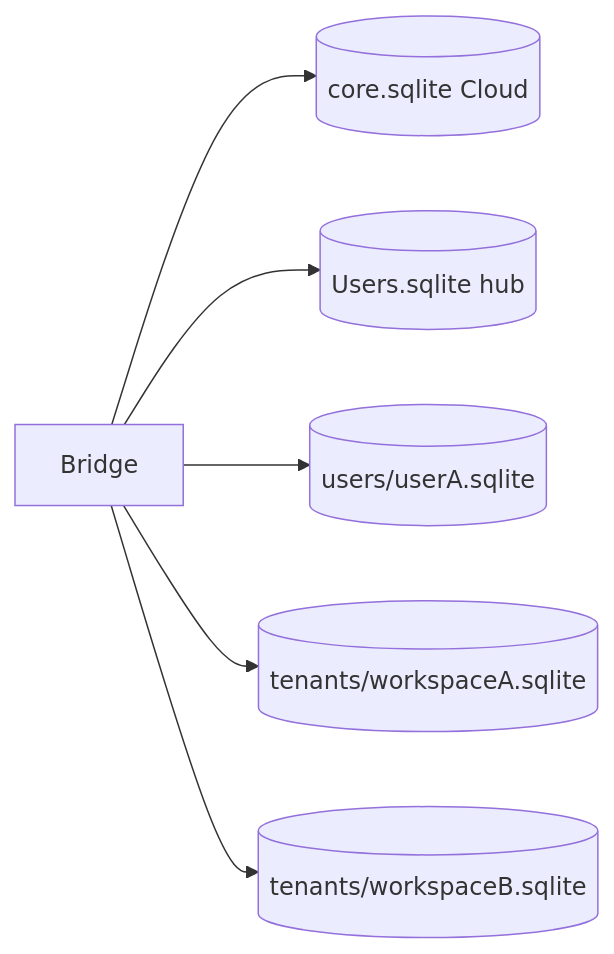
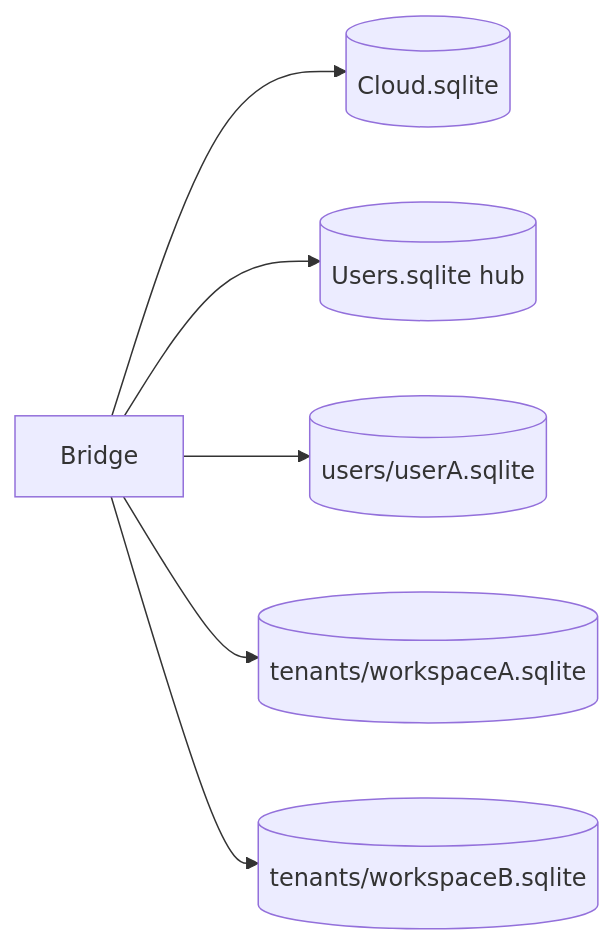
One commit to ReBoticsAI/GodMode changed the second of 4 diagrams in docs/architecture.md. Above: the diagram before and after it, drawn with Mermaid. The commit also changed other lines of this file and 48 other files, not shown here.

First line of the commit message:
Live rename Cloud DB to Cloud.sqlite and restore Platform Vault label.

````diff
--- a/docs/architecture.md
+++ b/docs/architecture.md
@@ -58,14 +58,14 @@
 ```mermaid
 flowchart LR
   Bridge[Bridge]
-  Cloud[(core.sqlite Cloud)]
+  Cloud[(Cloud.sqlite)]
   HostUsers[(Users.sqlite hub)]
   U1[(users/userA.sqlite)]
   T1[(tenants/workspaceA.sqlite)]
   T2[(tenants/workspaceB.sqlite)]
   Bridge --> Cloud
   Bridge --> HostUsers
   Bridge --> U1
   Bridge --> T1
   Bridge --> T2
 ```
````
